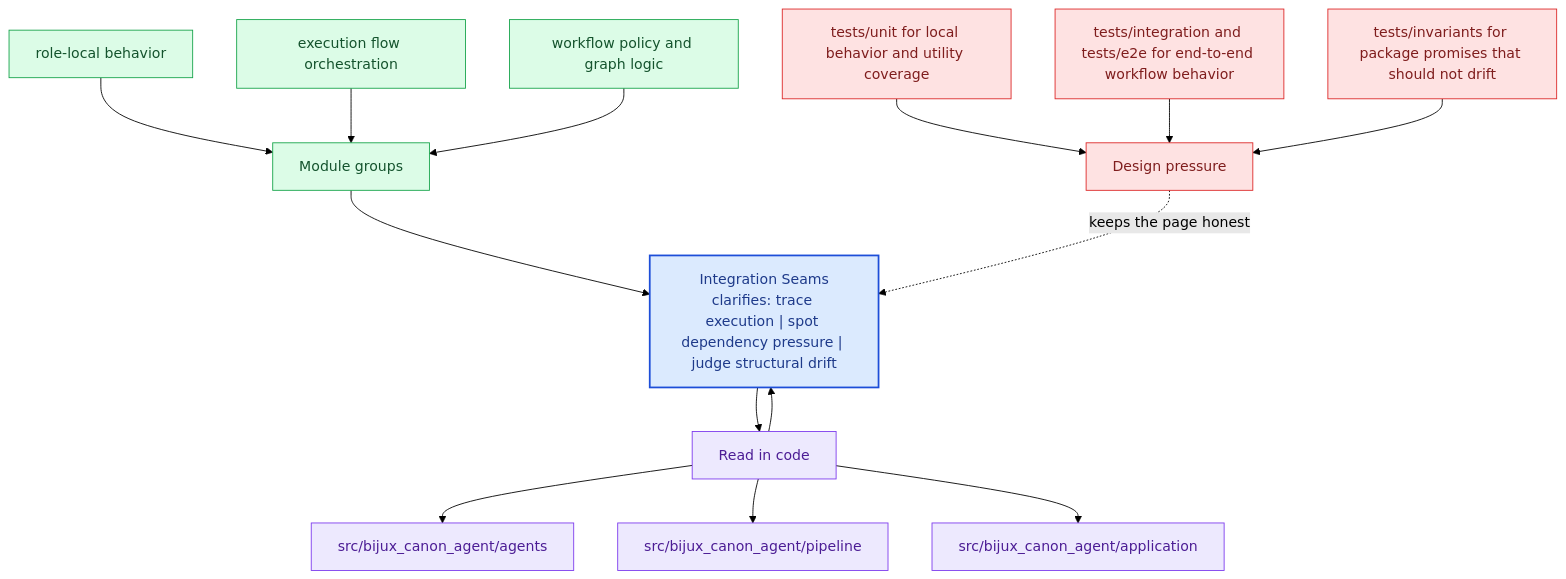
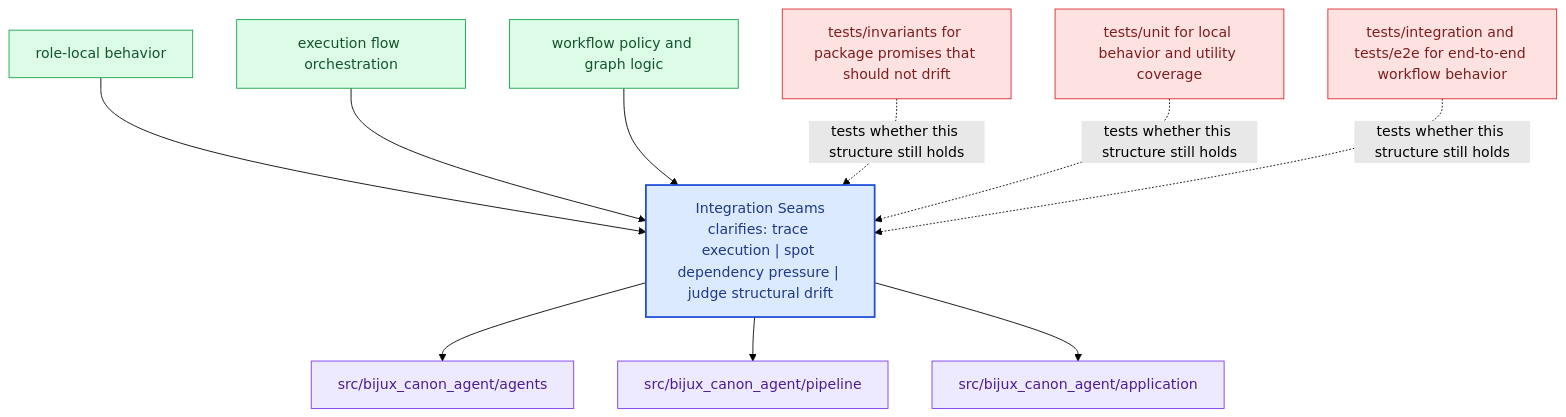
The diagram in docs/bijux-canon-agent/architecture/integration-seams.md (bijux/bijux-canon), drawn with Mermaid (forest theme) before and after one commit. The commit also changed other lines of this file and 281 other files, not shown here.

Commit message:
docs(diagrams): replace repeated mermaid scaffolds with page-specific summaries

````diff
--- a/docs/bijux-canon-agent/architecture/integration-seams.md
+++ b/docs/bijux-canon-agent/architecture/integration-seams.md
@@ -68,40 +23,31 @@
 ```mermaid
 flowchart TB
-    promise["Integration Seams<br/>clarifies: trace execution | spot dependency pressure | judge structural drift"]
-    classDef promise fill:#dbeafe,stroke:#1d4ed8,color:#1e3a8a,stroke-width:2px;
-    classDef driver fill:#dcfce7,stroke:#16a34a,color:#14532d;
-    classDef constraint fill:#fee2e2,stroke:#dc2626,color:#7f1d1d;
-    classDef ground fill:#ede9fe,stroke:#7c3aed,color:#4c1d95;
-    focus1["Module groups"]
-    focus1 --> promise
-    focus1_1["role-local behavior"]
-    focus1_1 --> focus1
-    focus1_2["execution flow orchestration"]
-    focus1_2 --> focus1
-    focus1_3["workflow policy and graph logic"]
-    focus1_3 --> focus1
-    class focus1 driver;
-    class focus1_1,focus1_2,focus1_3 driver;
-    focus2["Read in code"]
-    focus2 --> promise
-    promise --> focus2
-    focus2_1["src/bijux_canon_agent/agents"]
-    focus2 --> focus2_1
-    focus2_2["src/bijux_canon_agent/pipeline"]
-    focus2 --> focus2_2
-    focus2_3["src/bijux_canon_agent/application"]
-    focus2 --> focus2_3
-    class focus2 ground;
-    class focus2_1,focus2_2,focus2_3 ground;
-    focus3["Design pressure"]
-    focus3 -.keeps the page honest.-> promise
-    focus3_1["tests/unit for local behavior and utility coverage"]
-    focus3_1 --> focus3
-    focus3_2["tests/integration and tests/e2e for end-to-end workflow behavior"]
-    focus3_2 --> focus3
-    focus3_3["tests/invariants for package promises that should not drift"]
-    focus3_3 --> focus3
-    class focus3 constraint;
-    class focus3_1,focus3_2,focus3_3 constraint;
-    class promise promise;
+    page["Integration Seams<br/>clarifies: trace execution | spot dependency pressure | judge structural drift"]
+    classDef page fill:#dbeafe,stroke:#1d4ed8,color:#1e3a8a,stroke-width:2px;
+    classDef positive fill:#dcfce7,stroke:#16a34a,color:#14532d;
+    classDef caution fill:#fee2e2,stroke:#dc2626,color:#7f1d1d;
+    classDef anchor fill:#ede9fe,stroke:#7c3aed,color:#4c1d95;
+    classDef action fill:#fef3c7,stroke:#d97706,color:#7c2d12;
+    module1["role-local behavior"]
+    module1 --> page
+    module2["execution flow orchestration"]
+    module2 --> page
+    module3["workflow policy and graph logic"]
+    module3 --> page
+    code1["src/bijux_canon_agent/agents"]
+    page --> code1
+    code2["src/bijux_canon_agent/pipeline"]
+    page --> code2
+    code3["src/bijux_canon_agent/application"]
+    page --> code3
+    pressure1["tests/invariants for package promises that should not drift"]
+    pressure1 -.tests whether this structure still holds.-> page
+    pressure2["tests/unit for local behavior and utility coverage"]
+    pressure2 -.tests whether this structure still holds.-> page
+    pressure3["tests/integration and tests/e2e for end-to-end workflow behavior"]
+    pressure3 -.tests whether this structure still holds.-> page
+    class page page;
+    class module1,module2,module3 positive;
+    class code1,code2,code3 anchor;
+    class pressure1,pressure2,pressure3 caution;
 ```
````
